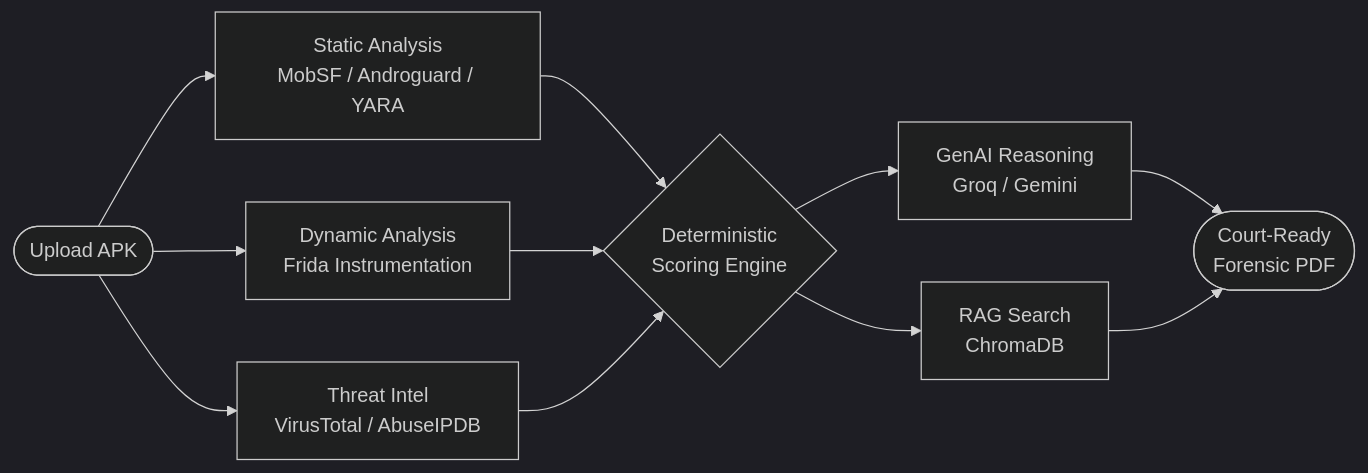
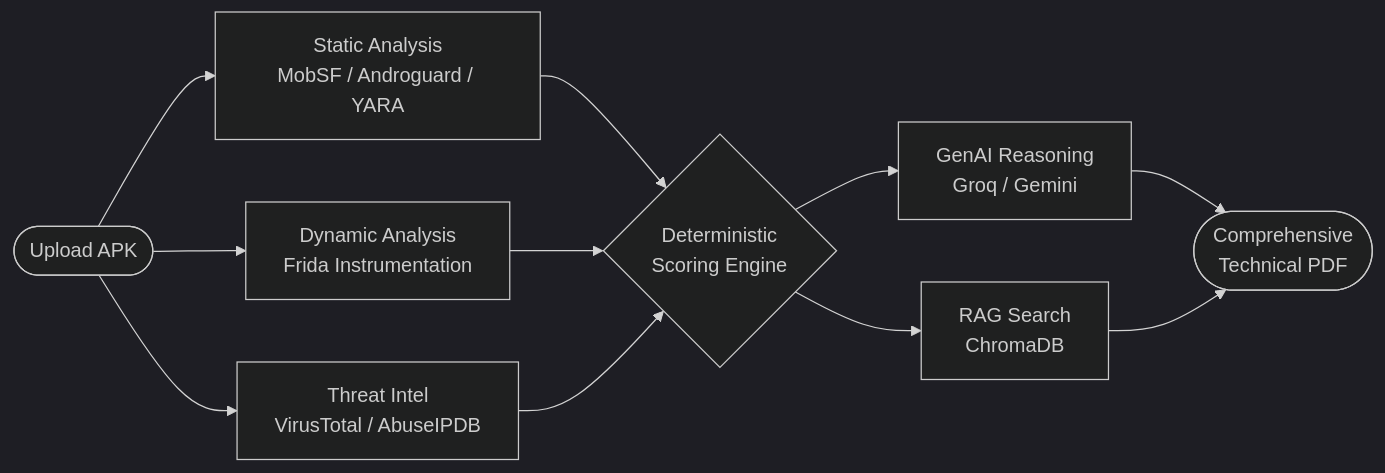
The diagram in README.md (rizzzabh-06/SecureX), drawn with Mermaid (dark theme) before and after one commit. The commit also changed other lines of this file, not shown here.

Commit message:
docs: update project documentation to describe reports as comprehensive technical PDFs instead of court-ready forensic PDFs

````diff
--- a/README.md
+++ b/README.md
@@ -19,16 +19,16 @@
 ```mermaid
 graph LR
     A([Upload APK]) --> B[Static Analysis<br>MobSF / Androguard / YARA]
     A --> C[Dynamic Analysis<br>Frida Instrumentation]
     A --> D[Threat Intel<br>VirusTotal / AbuseIPDB]
 
     B --> E{Deterministic<br>Scoring Engine}
     C --> E
     D --> E
 
     E --> F[GenAI Reasoning<br>Groq / Gemini]
     E --> G[RAG Search<br>ChromaDB]
 
-    F --> H([Court-Ready<br>Forensic PDF])
+    F --> H([Comprehensive<br>Technical PDF])
     G --> H
 ```
````
